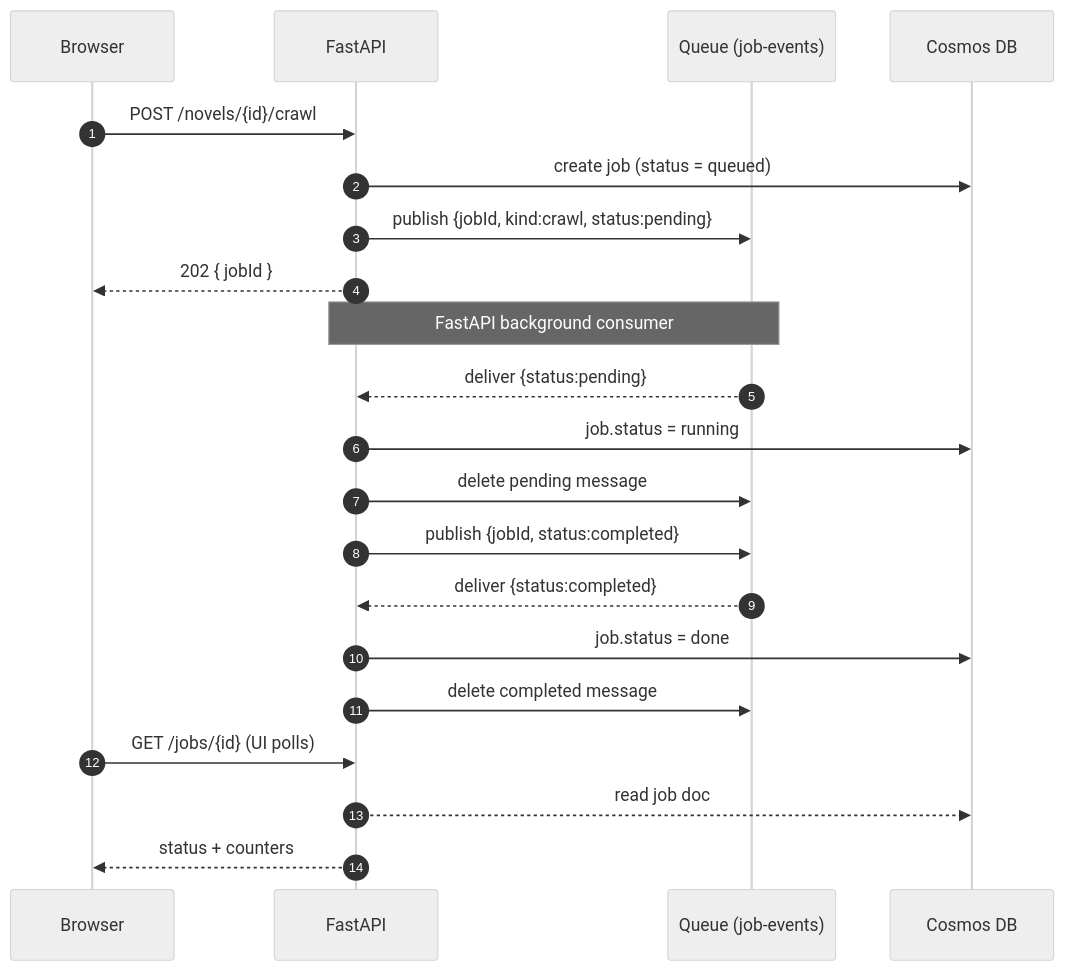
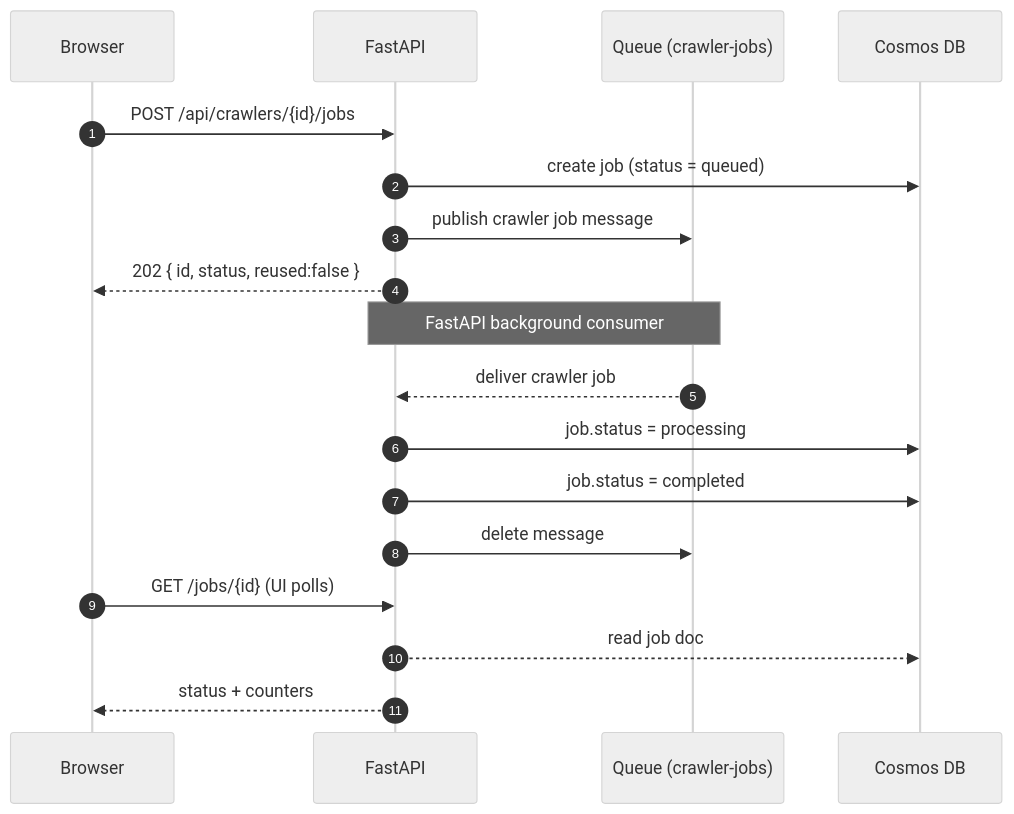
The third of 3 diagrams in docs/architecture.md (datntdev0/toolbox-media-studio), drawn with Mermaid (neutral theme) before and after one commit. The commit also changed other lines of this file and 25 other files, not shown here.

Commit message:
build(api): adding scheduler for queue processing

````diff
--- a/docs/architecture.md
+++ b/docs/architecture.md
@@ -93,27 +94,23 @@
 ```mermaid
 sequenceDiagram
     autonumber
     participant U as Browser
     participant A as FastAPI
-    participant Q as Queue (job-events)
+    participant Q as Queue (crawler-jobs)
     participant C as Cosmos DB
 
-    U->>A: POST /novels/{id}/crawl
+    U->>A: POST /api/crawlers/{id}/jobs
     A->>C: create job (status = queued)
-    A->>Q: publish {jobId, kind:crawl, status:pending}
-    A-->>U: 202 { jobId }
+    A->>Q: publish crawler job message
+    A-->>U: 202 { id, status, reused:false }
 
     Note over A,Q: FastAPI background consumer
-    Q-->>A: deliver {status:pending}
-    A->>C: job.status = running
-    A->>Q: delete pending message
-
-    A->>Q: publish {jobId, status:completed}
-    Q-->>A: deliver {status:completed}
-    A->>C: job.status = done
-    A->>Q: delete completed message
+    Q-->>A: deliver crawler job
+    A->>C: job.status = processing
+    A->>C: job.status = completed
+    A->>Q: delete message
 
     U->>A: GET /jobs/{id}  (UI polls)
     A-->>C: read job doc
     A-->>U: status + counters
 ```
````
